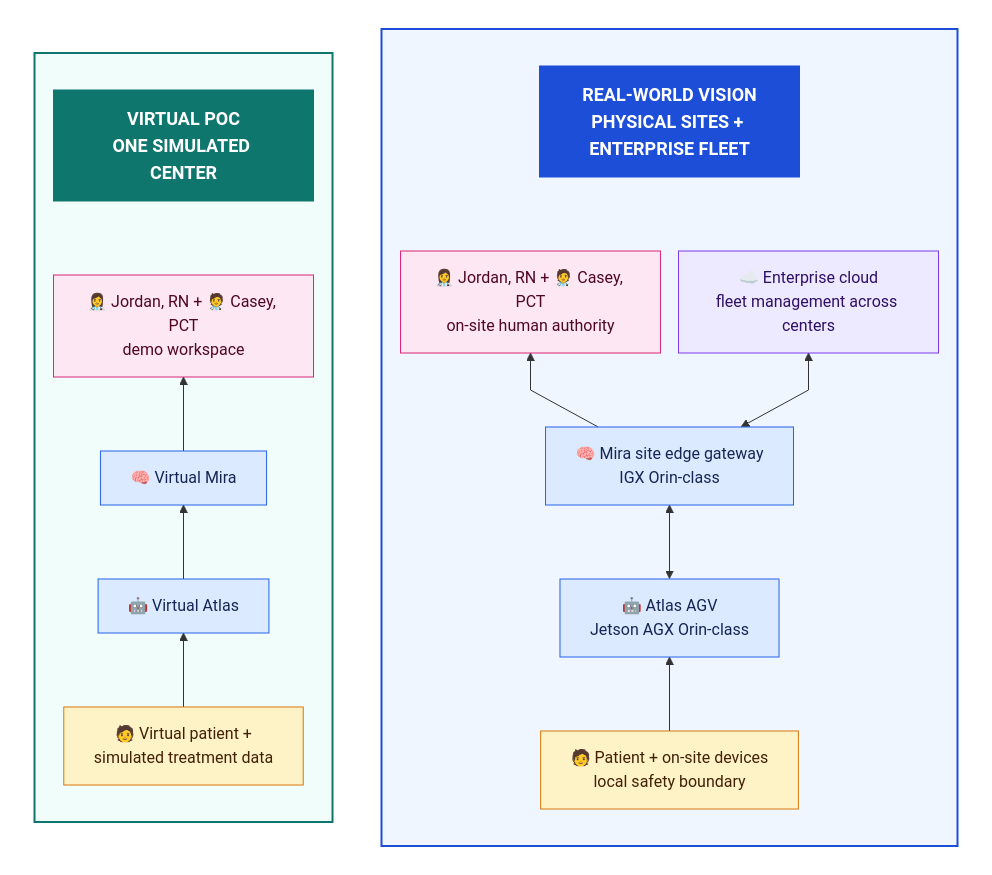
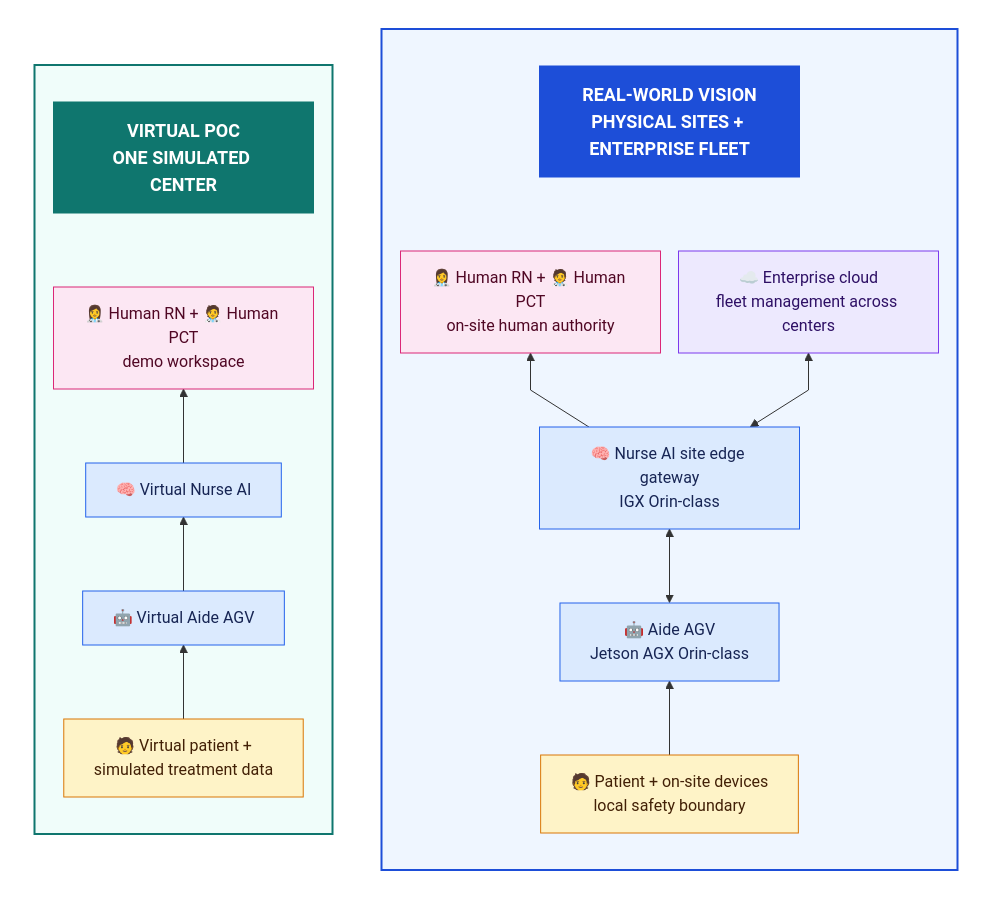
Before and after one commit to fmlin0429712024/ichd-agentic-system: the second of 2 diagrams in README.md, drawn with Mermaid. The commit also changed other lines of this file, not shown here.

````diff
--- a/README.md
+++ b/README.md
@@ -79,43 +86,43 @@
 ```mermaid
 %%{init: {"flowchart": {"nodeSpacing": 18, "rankSpacing": 24, "curve": "linear"}}}%%
 flowchart TB
     subgraph COMPARISON[" "]
         direction LR
 
         subgraph POC[" "]
             direction BT
-            VP["🧑 Virtual patient +<br/>simulated treatment data"] --> VA["🤖 Virtual Atlas"]
-            VA --> VM["🧠 Virtual Mira"]
-            VM --> VH["👩‍⚕️ Jordan, RN + 🧑‍⚕️ Casey, PCT<br/>demo workspace"]
+            VP["🧑 Virtual patient +<br/>simulated treatment data"] --> VA["🤖 Virtual Aide AGV"]
+            VA --> VM["🧠 Virtual Nurse AI"]
+            VM --> VH["👩‍⚕️ Human RN + 🧑‍⚕️ Human PCT<br/>demo workspace"]
             VH ~~~ PH["VIRTUAL POC<br/>ONE SIMULATED CENTER"]
         end
 
         subgraph FUTURE[" "]
             direction BT
-            RS["🧑 Patient + on-site devices<br/>local safety boundary"] --> AR["🤖 Atlas AGV<br/>Jetson AGX Orin-class"]
-            AR <--> SE["🧠 Mira site edge gateway<br/>IGX Orin-class"]
-            SE --> HS["👩‍⚕️ Jordan, RN + 🧑‍⚕️ Casey, PCT<br/>on-site human authority"]
+            RS["🧑 Patient + on-site devices<br/>local safety boundary"] --> AR["🤖 Aide AGV<br/>Jetson AGX Orin-class"]
+            AR <--> SE["🧠 Nurse AI site edge gateway<br/>IGX Orin-class"]
+            SE --> HS["👩‍⚕️ Human RN + 🧑‍⚕️ Human PCT<br/>on-site human authority"]
             SE <--> EC["☁️ Enterprise cloud<br/>fleet management across centers"]
             HS ~~~ FH["REAL-WORLD VISION<br/>PHYSICAL SITES + ENTERPRISE FLEET"]
             EC ~~~ FH
         end
 
         POC ~~~ FUTURE
     end
 
     classDef source fill:#FEF3C7,stroke:#D97706,color:#422006
     classDef digital fill:#DBEAFE,stroke:#2563EB,color:#172554
     classDef human fill:#FCE7F3,stroke:#DB2777,color:#500724
     classDef cloud fill:#EDE9FE,stroke:#7C3AED,color:#2E1065
     classDef pocHeader fill:#0F766E,stroke:#0F766E,color:#FFFFFF,font-size:18px,font-weight:bold
     classDef futureHeader fill:#1D4ED8,stroke:#1D4ED8,color:#FFFFFF,font-size:18px,font-weight:bold
     class VP,RS source
     class VA,VM,AR,SE digital
     class VH,HS human
     class EC cloud
     class PH pocHeader
     class FH futureHeader
     style POC fill:#F0FDFA,stroke:#0F766E,stroke-width:2px
     style FUTURE fill:#EFF6FF,stroke:#1D4ED8,stroke-width:2px
     style COMPARISON fill:transparent,stroke:transparent
 ```
````
